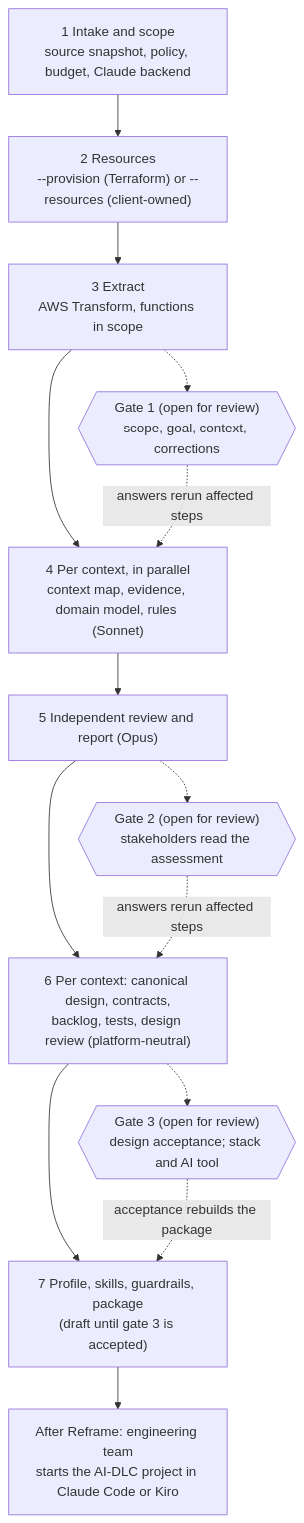
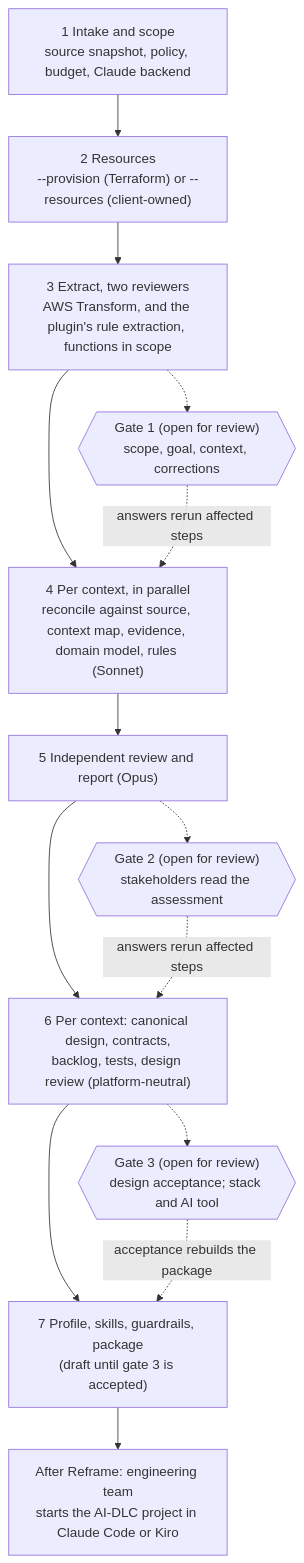
The diagram in docs/v2/specification.md (CodeStrata/reframe), drawn with Mermaid before and after one commit. The commit also changed other lines of this file, not shown here.

First line of the commit message:
Specification: two reviewers and a reconciler; unattended runs in batches

````diff
--- a/docs/v2/specification.md
+++ b/docs/v2/specification.md
@@ -84,16 +85,16 @@
 ```mermaid
 flowchart TD
   I["1 Intake and scope<br/>source snapshot, policy, budget, Claude backend"] --> R["2 Resources<br/>--provision (Terraform) or --resources (client-owned)"]
-  R --> X["3 Extract<br/>AWS Transform, functions in scope"]
-  X --> C["4 Per context, in parallel<br/>context map, evidence, domain model, rules (Sonnet)"]
+  R --> X["3 Extract, two reviewers<br/>AWS Transform, and the plugin's rule extraction, functions in scope"]
+  X --> C["4 Per context, in parallel<br/>reconcile against source, context map, evidence, domain model, rules (Sonnet)"]
   C --> V["5 Independent review and report (Opus)"]
   V --> D["6 Per context: canonical design, contracts,<br/>backlog, tests, design review (platform-neutral)"]
   D --> P["7 Profile, skills, guardrails, package<br/>(draft until gate 3 is accepted)"]
   P --> A["After Reframe: engineering team<br/>starts the AI-DLC project in Claude Code or Kiro"]
   X -.-> G1{{"Gate 1 (open for review)<br/>scope, goal, context, corrections"}}
   V -.-> G2{{"Gate 2 (open for review)<br/>stakeholders read the assessment"}}
   D -.-> G3{{"Gate 3 (open for review)<br/>design acceptance; stack and AI tool"}}
   G1 -. "answers rerun affected steps" .-> C
   G2 -. "answers rerun affected steps" .-> D
   G3 -. "acceptance rebuilds the package" .-> P
 ```
````
